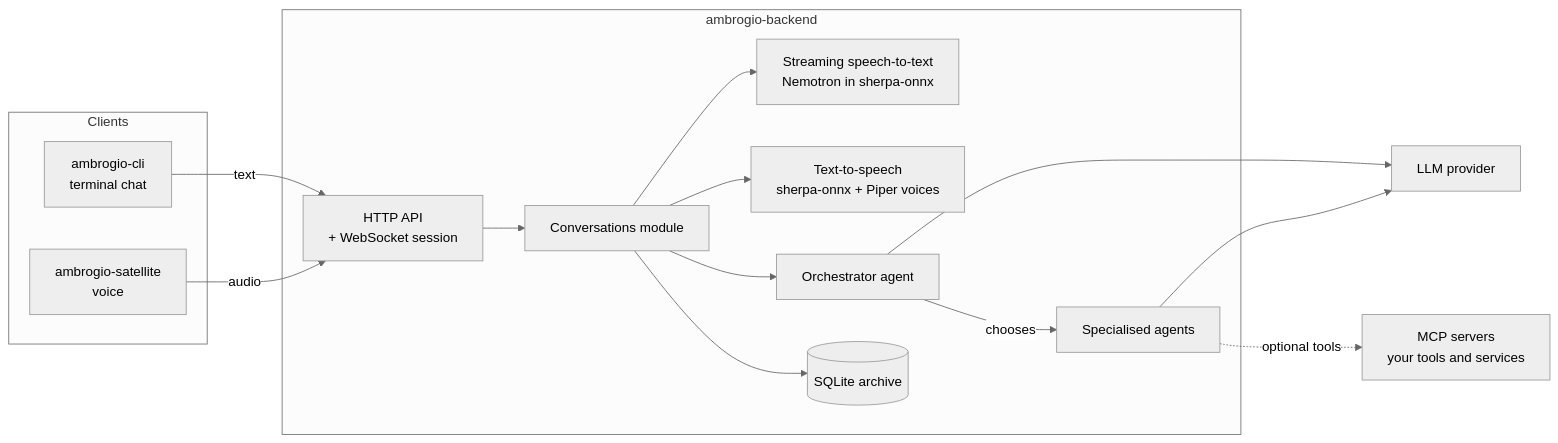
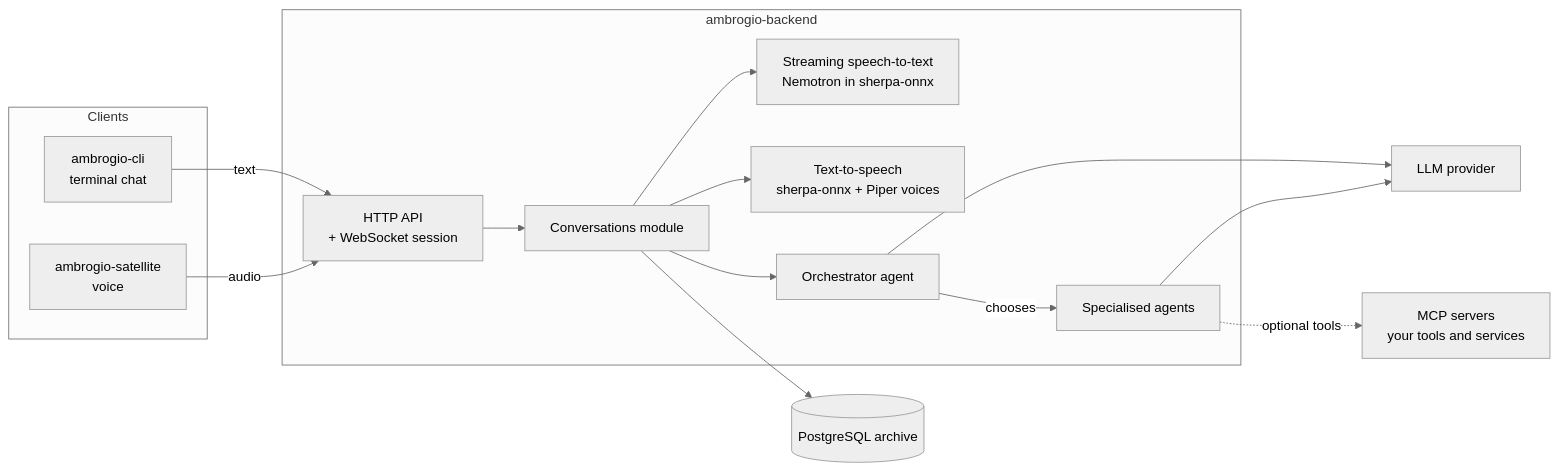
One commit to ambrogio-app/ambrogio-backend changed the first of 2 diagrams in README.md. Above: the diagram before and after it, drawn with Mermaid (neutral theme). The commit also changed other lines of this file and 108 other files, not shown here.

````diff
--- a/README.md
+++ b/README.md
@@ -26,32 +26,32 @@
 ```mermaid
 flowchart LR
     subgraph Clients
         CLI[ambrogio-cli<br/>terminal chat]
         SAT[ambrogio-satellite<br/>voice]
     end
 
     subgraph Backend[ambrogio-backend]
         API[HTTP API<br/>+ WebSocket session]
         CONV[Conversations module]
         STT[Streaming speech-to-text<br/>Nemotron in sherpa-onnx]
         TTS[Text-to-speech<br/>sherpa-onnx + Piper voices]
         ORCH[Orchestrator agent]
         AG[Specialised agents]
-        DB[(SQLite archive)]
     end
 
+    DB[(PostgreSQL archive)]
     LLM[LLM provider]
     MCP[MCP servers<br/>your tools and services]
 
     CLI -- text --> API
     SAT -- audio --> API
     API --> CONV
     CONV --> STT
     CONV --> TTS
     CONV --> ORCH
     ORCH -- chooses --> AG
     ORCH --> LLM
     AG --> LLM
     AG -. optional tools .-> MCP
     CONV --> DB
 ```
````
